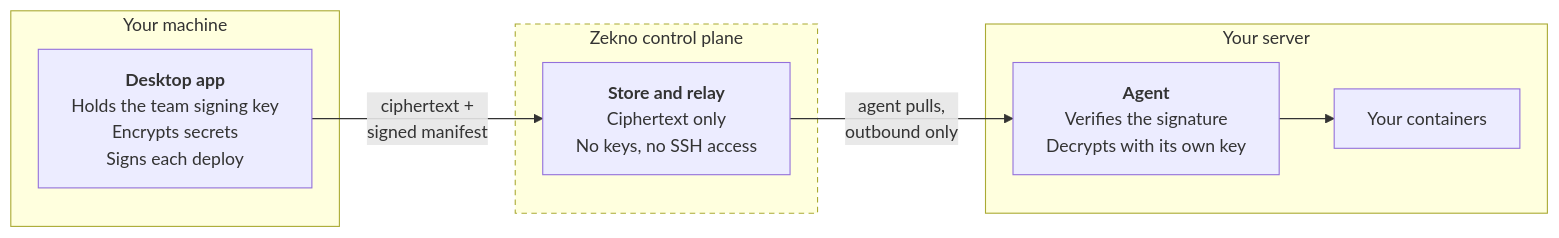
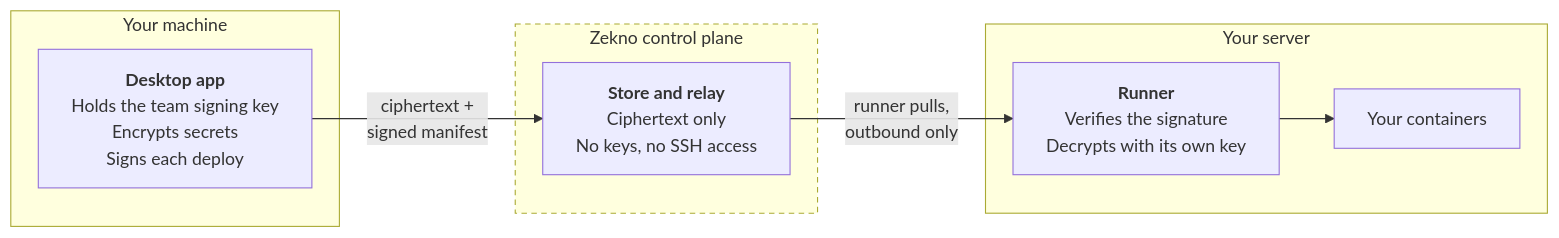
Before and after one commit to zekno-app/zekno: the first of 2 diagrams in README.md, drawn with Mermaid. The commit also changed other lines of this file and 77 other files, not shown here.

````diff
--- a/README.md
+++ b/README.md
@@ -40,21 +40,21 @@
 ```mermaid
 flowchart LR
     subgraph you["Your machine"]
         app["<b>Desktop app</b><br/>Holds the team signing key<br/>Encrypts secrets<br/>Signs each deploy"]
     end
 
     subgraph cloud["Zekno control plane"]
         cp["<b>Store and relay</b><br/>Ciphertext only<br/>No keys, no SSH access"]
     end
 
     subgraph server["Your server"]
-        agent["<b>Agent</b><br/>Verifies the signature<br/>Decrypts with its own key"]
+        runner["<b>Runner</b><br/>Verifies the signature<br/>Decrypts with its own key"]
         containers["Your containers"]
-        agent --> containers
+        runner --> containers
     end
 
     app -- "ciphertext +<br/>signed manifest" --> cp
-    cp -- "agent pulls,<br/>outbound only" --> agent
+    cp -- "runner pulls,<br/>outbound only" --> runner
 
     style cloud stroke-dasharray: 5 4
 ```
````
